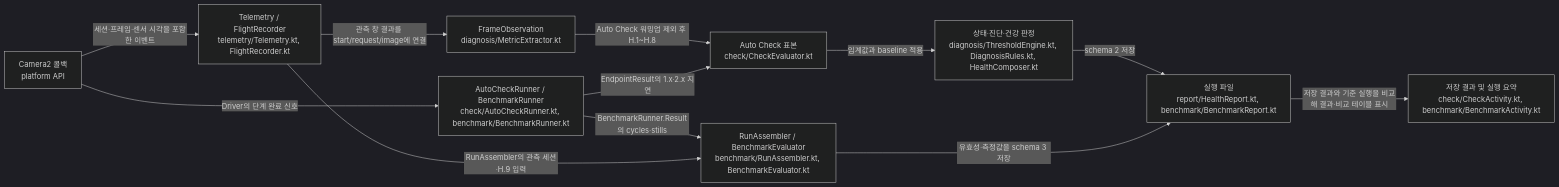
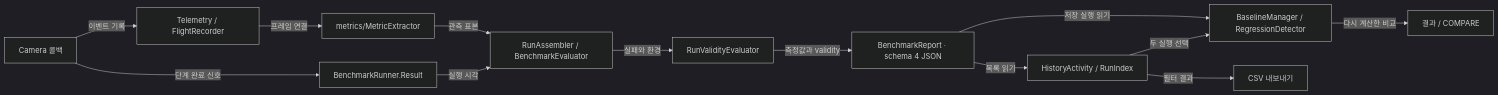
One commit to TTolsun/hal-camera changed the diagram in .omm/data-flow/diagram.mmd. Above: the diagram before and after it, drawn with Mermaid (dark theme). The commit also changed 70 other files, not shown here.

```diff
--- a/.omm/data-flow/diagram.mmd
+++ b/.omm/data-flow/diagram.mmd
@@ -1,21 +1,13 @@
 graph LR
-    framework-callbacks["Camera2 콜백\nplatform API"]
-    event-record["Telemetry / FlightRecorder\ntelemetry/Telemetry.kt, FlightRecorder.kt"]
-    runner-marks["AutoCheckRunner / BenchmarkRunner\ncheck/AutoCheckRunner.kt, benchmark/BenchmarkRunner.kt"]
-    frame-observations["FrameObservation\ndiagnosis/MetricExtractor.kt"]
-    metric-samples["Auto Check 표본\ncheck/CheckEvaluator.kt"]
-    judged-states["상태·진단·건강 판정\ndiagnosis/ThresholdEngine.kt, DiagnosisRules.kt, HealthComposer.kt"]
-    benchmark-metrics["RunAssembler / BenchmarkEvaluator\nbenchmark/RunAssembler.kt, BenchmarkEvaluator.kt"]
-    run-json["실행 파일\nreport/HealthReport.kt, benchmark/BenchmarkReport.kt"]
-    rendered-screens["저장 결과 및 실행 요약\ncheck/CheckActivity.kt, benchmark/BenchmarkActivity.kt"]
-    framework-callbacks -->|"세션·프레임·센서 시각을 포함한 이벤트"| event-record
-    framework-callbacks -->|"Driver의 단계 완료 신호"| runner-marks
-    event-record -->|"관측 창 결과를 start/request/image에 연결"| frame-observations
-    frame-observations -->|"Auto Check 워밍업 제외 후 H.1~H.8"| metric-samples
-    runner-marks -->|"EndpointResult의 1.x·2.x 지연"| metric-samples
-    metric-samples -->|"임계값과 baseline 적용"| judged-states
-    runner-marks -->|"BenchmarkRunner.Result의 cycles·stills"| benchmark-metrics
-    event-record -->|"RunAssembler의 관측 세션·H.9 입력"| benchmark-metrics
-    judged-states -->|"schema 2 저장"| run-json
-    benchmark-metrics -->|"유효성·측정값을 schema 3 저장"| run-json
-    run-json -->|"저장 결과와 기준 실행을 비교해 결과·비교 테이블 표시"| rendered-screens
+    callbacks["Camera 콜백"] -->|"이벤트 기록"| events["Telemetry / FlightRecorder"]
+    callbacks -->|"단계 완료 신호"| marks["BenchmarkRunner.Result"]
+    events -->|"프레임 연결"| frames["metrics/MetricExtractor"]
+    frames -->|"관측 표본"| assemble["RunAssembler / BenchmarkEvaluator"]
+    marks -->|"실행 시각"| assemble
+    assemble -->|"실패와 환경"| validity["RunValidityEvaluator"]
+    validity -->|"측정값과 validity"| json["BenchmarkReport · schema 4 JSON"]
+    json -->|"저장 실행 읽기"| compare["BaselineManager / RegressionDetector"]
+    compare -->|"다시 계산한 비교"| screen["결과 / COMPARE"]
+    json -->|"목록 읽기"| history["HistoryActivity / RunIndex"]
+    history -->|"두 실행 선택"| compare
+    history -->|"필터 결과"| csv["CSV 내보내기"]
```
